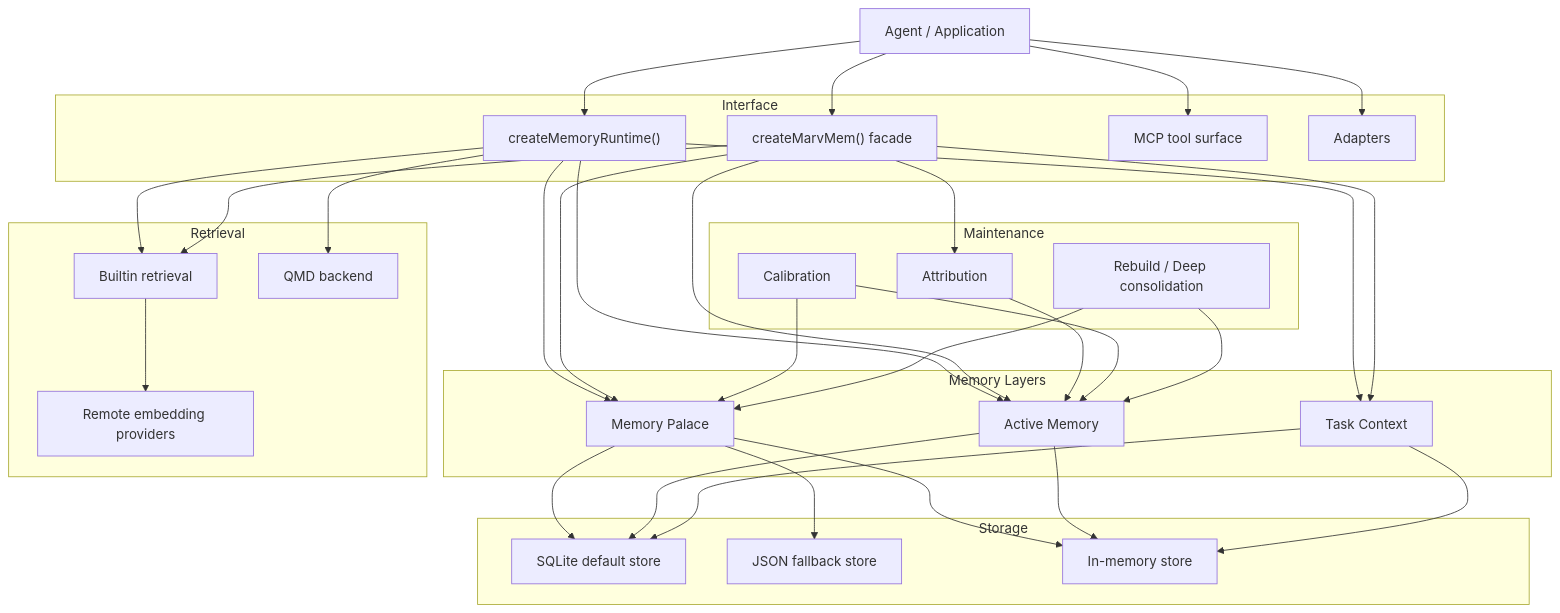
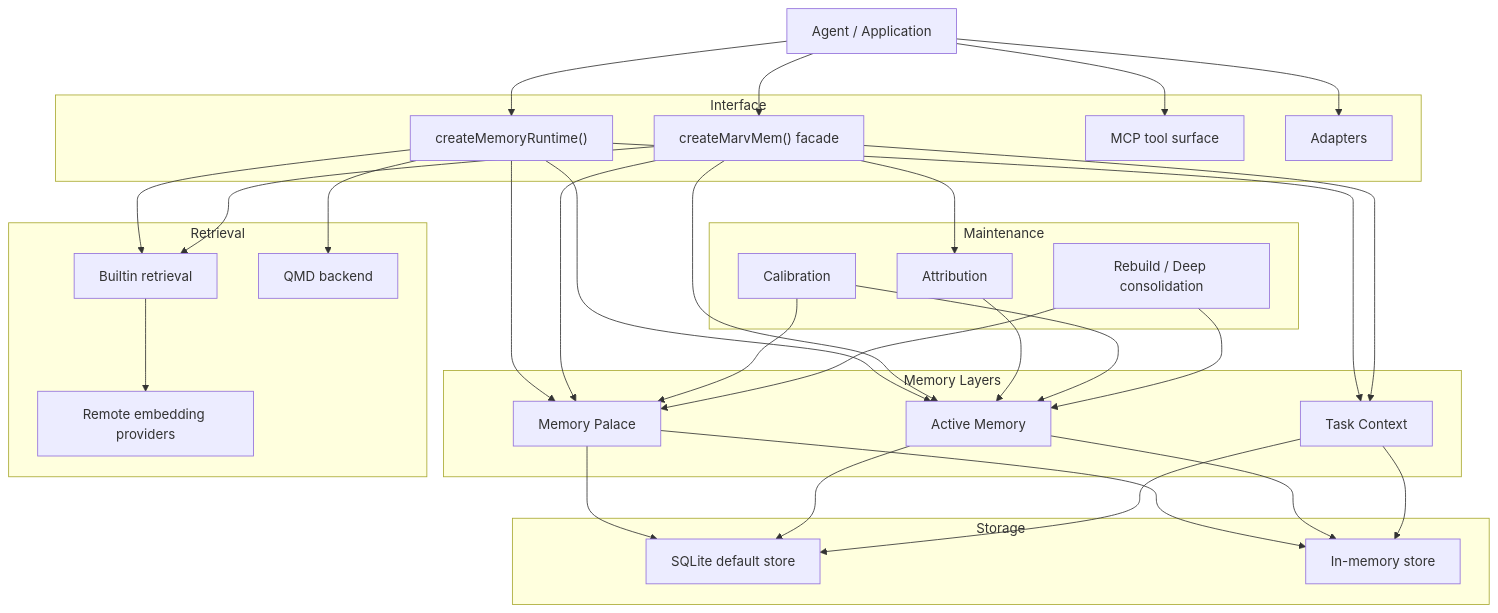
One commit to daisyluvr42/marvmem changed the first of 2 diagrams in README.md. Above: the diagram before and after it, drawn with Mermaid. The commit also changed other lines of this file and 4 other files, not shown here.

Commit message:
Remove JSON fallback store

````diff
--- a/README.md
+++ b/README.md
@@ -79,69 +78,67 @@
 ```mermaid
 flowchart TB
   App["Agent / Application"]
 
   subgraph Interface["Interface"]
     Facade["createMarvMem() facade"]
     Runtime["createMemoryRuntime()"]
     MCP["MCP tool surface"]
     Adapters["Adapters"]
   end
 
   subgraph Memory["Memory Layers"]
     Palace["Memory Palace"]
     Active["Active Memory"]
     Task["Task Context"]
   end
 
   subgraph Retrieval["Retrieval"]
     Builtin["Builtin retrieval"]
     Embeddings["Remote embedding providers"]
     QMD["QMD backend"]
   end
 
   subgraph Maintenance["Maintenance"]
     Attribution["Attribution"]
     Calibration["Calibration"]
     Rebuild["Rebuild / Deep consolidation"]
   end
 
   subgraph Storage["Storage"]
     Sqlite["SQLite default store"]
-    Json["JSON fallback store"]
     MemoryStore["In-memory store"]
   end
 
   App --> Facade
   App --> Runtime
   App --> MCP
   App --> Adapters
 
   Runtime --> Palace
   Runtime --> Active
   Runtime --> Task
   Runtime --> Builtin
   Runtime --> QMD
 
   Facade --> Palace
   Facade --> Active
   Facade --> Task
   Facade --> Builtin
   Facade --> Attribution
 
   Builtin --> Embeddings
 
   Palace --> Sqlite
   Active --> Sqlite
   Task --> Sqlite
 
-  Palace --> Json
   Palace --> MemoryStore
   Active --> MemoryStore
   Task --> MemoryStore
 
   Attribution --> Active
   Calibration --> Active
   Calibration --> Palace
   Rebuild --> Active
   Rebuild --> Palace
 ```
````
